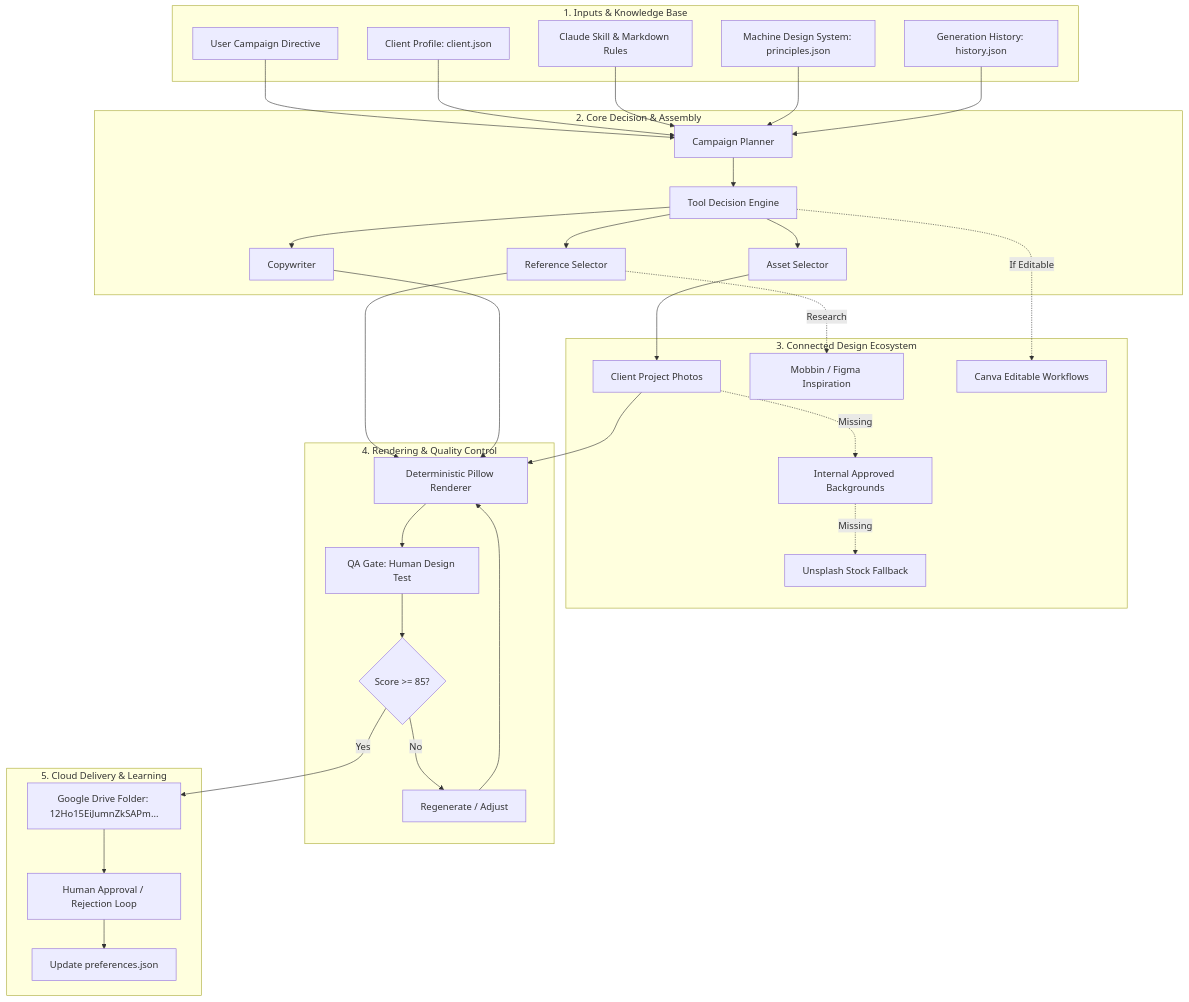
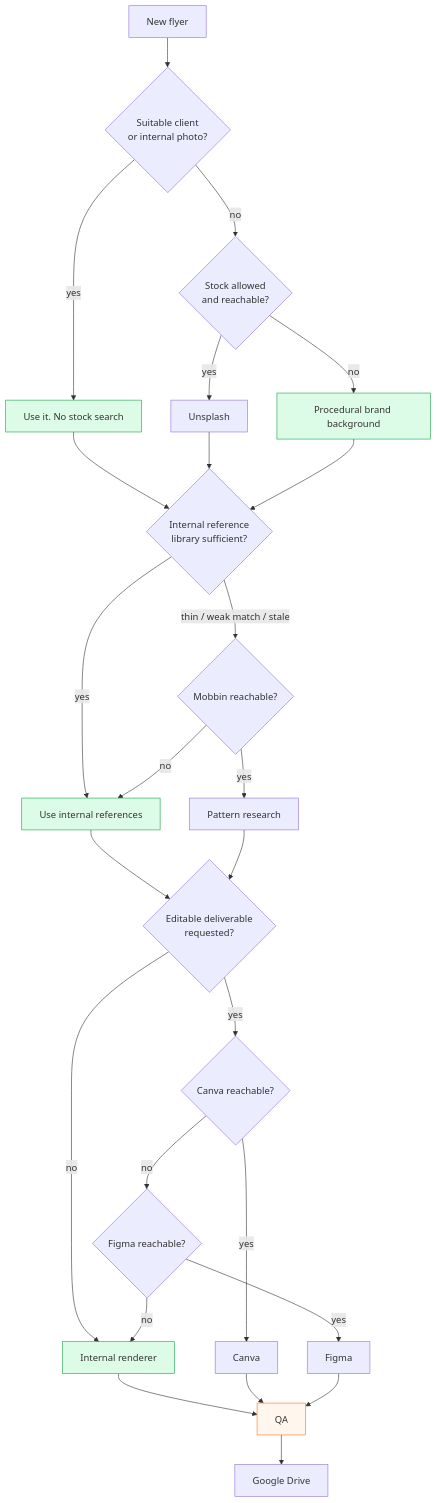
The second of 3 diagrams in README.md (engineeringwithjp/flyer-generator), drawn with Mermaid before and after one commit. The commit also changed other lines of this file and 289 other files, not shown here.

````diff
--- a/README.md
+++ b/README.md
@@ -89,56 +313,36 @@
 ```mermaid
 flowchart TD
-    subgraph INPUTS ["1. Inputs & Knowledge Base"]
-        A[User Campaign Directive]
-        B[Client Profile: client.json]
-        C[Claude Skill & Markdown Rules]
-        D[Machine Design System: principles.json]
-        E[Generation History: history.json]
-    end
+    A[New flyer] --> B{Suitable client<br/>or internal photo?}
+    B -->|yes| C[Use it. No stock search]
+    B -->|no| D{Stock allowed<br/>and reachable?}
+    D -->|yes| E[Unsplash]
+    D -->|no| F[Procedural brand background]
 
-    subgraph ENGINE ["2. Core Decision & Assembly"]
-        F[Campaign Planner]
-        G[Tool Decision Engine]
-        H[Reference Selector]
-        I[Asset Selector]
-        J[Copywriter]
-    end
+    C --> G{Internal reference<br/>library sufficient?}
+    E --> G
+    F --> G
+    G -->|yes| H[Use internal references]
+    G -->|thin / weak match / stale| I{Mobbin reachable?}
+    I -->|yes| J[Pattern research]
+    I -->|no| H
 
-    subgraph ECOSYSTEM ["3. Connected Design Ecosystem"]
-        K1[Client Project Photos]
-        K2[Internal Approved Backgrounds]
-        K3[Unsplash Stock Fallback]
-        K4[Mobbin / Figma Inspiration]
-        K5[Canva Editable Workflows]
-    end
+    H --> K{Editable deliverable<br/>requested?}
+    J --> K
+    K -->|no| L[Internal renderer]
+    K -->|yes| M{Canva reachable?}
+    M -->|yes| N[Canva]
+    M -->|no| O{Figma reachable?}
+    O -->|yes| P[Figma]
+    O -->|no| L
 
-    subgraph PRODUCTION ["4. Rendering & Quality Control"]
-        L[Deterministic Pillow Renderer]
-        M[QA Gate: Human Design Test]
-        N{Score >= 85?}
-        O[Regenerate / Adjust]
-    end
+    L --> Q[QA]
+    N --> Q
+    P --> Q
+    Q --> R[Google Drive]
 
-    subgraph DELIVERY ["5. Cloud Delivery & Learning"]
-        P[Google Drive Folder: 12Ho15EiJumnZkSAPm...]
-        Q[Human Approval / Rejection Loop]
-        R[Update preferences.json]
-    end
-
-    A & B & C & D & E --> F
-    F --> G
-    G --> H & I & J
-    I --> K1
-    K1 -.->|Missing| K2
-    K2 -.->|Missing| K3
-    H -.->|Research| K4
-    G -.->|If Editable| K5
-    K1 & H & J --> L
-    L --> M
-    M --> N
-    N -- No --> O
-    O --> L
-    N -- Yes --> P
-    P --> Q
-    Q --> R
+    style C fill:#dcfce7,stroke:#16a34a
+    style F fill:#dcfce7,stroke:#16a34a
+    style H fill:#dcfce7,stroke:#16a34a
+    style L fill:#dcfce7,stroke:#16a34a
+    style Q fill:#fff7ed,stroke:#f97316
 ```
````
